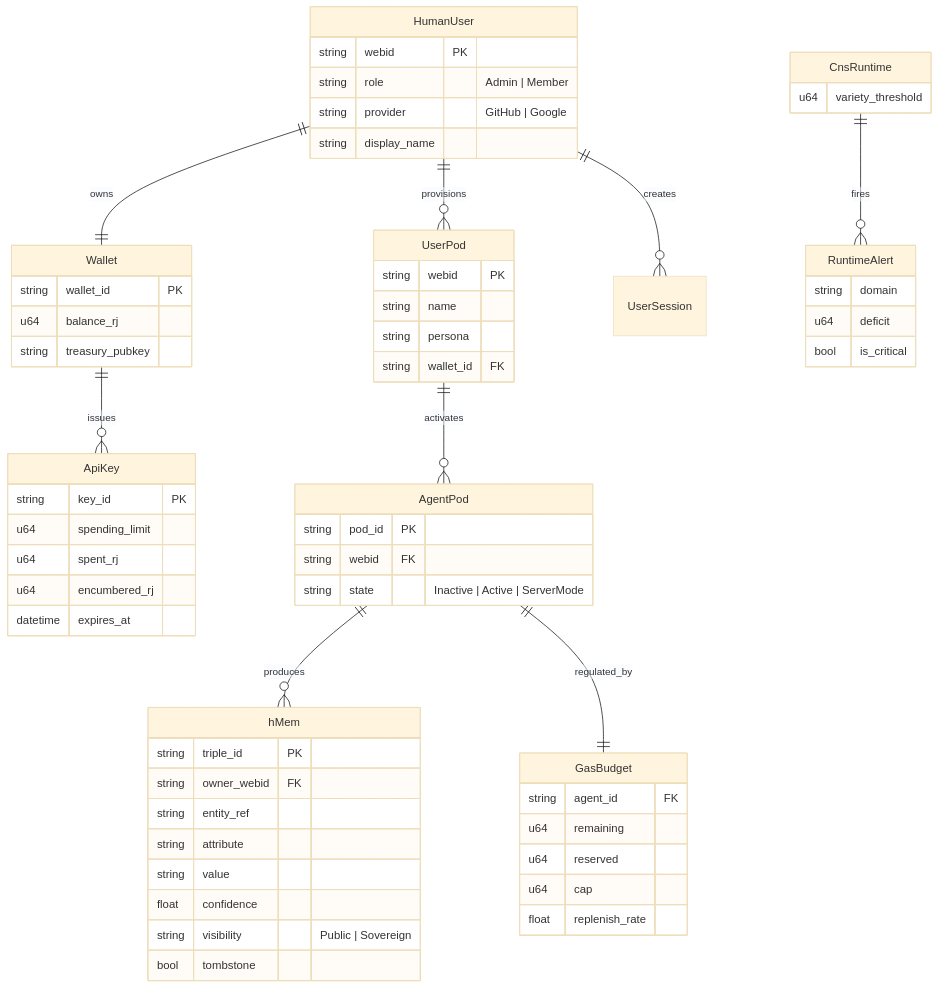
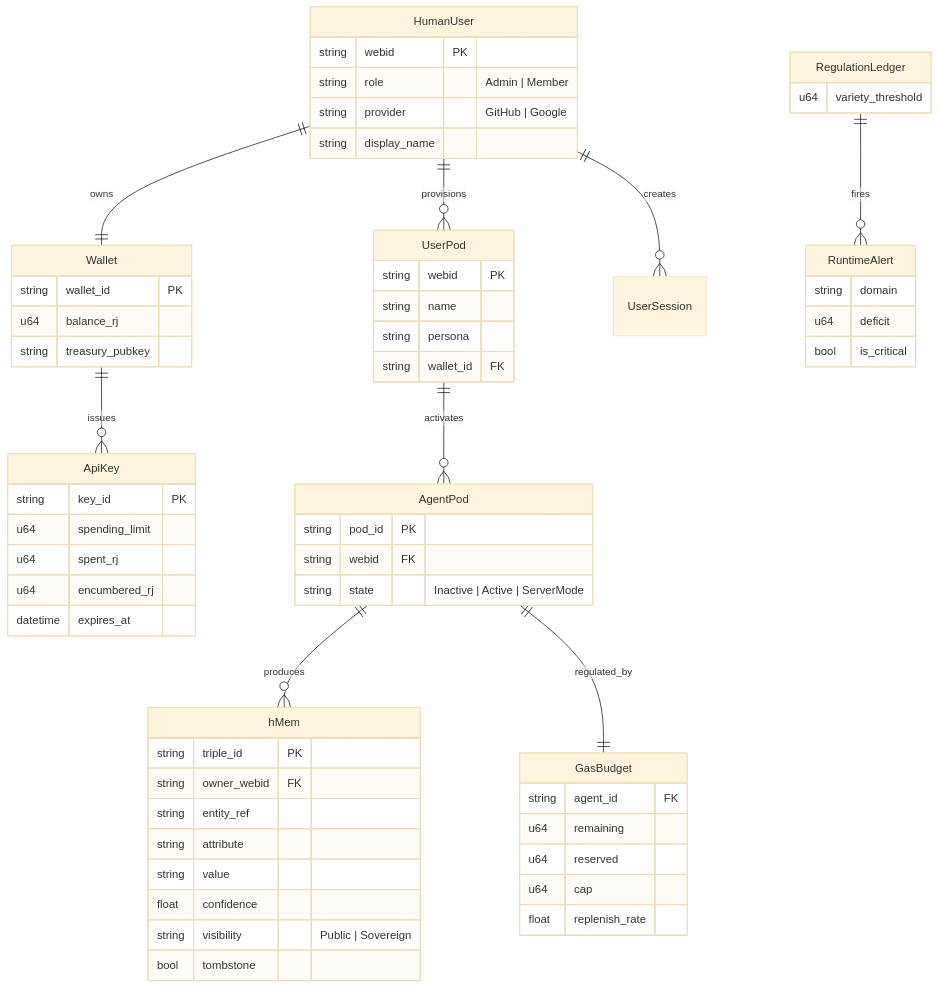
Before and after one commit to mdz-axo/hKask: diagram 12 of 14 in docs/architecture/core/FUNCTIONAL_SPECIFICATION.md, drawn with Mermaid (base theme). The commit also changed other lines of this file and 35 other files, not shown here.

First line of the commit message:
document update - name change cns to regulationRename CNS types to regulation terminology in docs

````diff
--- a/docs/architecture/core/FUNCTIONAL_SPECIFICATION.md
+++ b/docs/architecture/core/FUNCTIONAL_SPECIFICATION.md
@@ -1627,65 +1627,65 @@
 ```mermaid
 erDiagram
     HumanUser ||--o{ UserPod : provisions
     HumanUser ||--|| Wallet : owns
     HumanUser ||--o{ UserSession : creates
     HumanUser {
         string webid PK
         string role "Admin | Member"
         string provider "GitHub | Google"
         string display_name
     }
     UserPod {
         string webid PK
         string name
         string persona
         string wallet_id FK
     }
     Wallet {
         string wallet_id PK
         u64 balance_rj
         string treasury_pubkey
     }
     Wallet ||--o{ ApiKey : issues
     ApiKey {
         string key_id PK
         u64 spending_limit
         u64 spent_rj
         u64 encumbered_rj
         datetime expires_at
     }
     UserPod ||--o{ AgentPod : activates
     AgentPod {
         string pod_id PK
         string webid FK
         string state "Inactive | Active | ServerMode"
     }
     AgentPod ||--o{ hMem : produces
     hMem {
         string triple_id PK
         string owner_webid FK
         string entity_ref
         string attribute
         string value
         float confidence
         string visibility "Public | Sovereign"
         bool tombstone
     }
     AgentPod ||--|| GasBudget : regulated_by
     GasBudget {
         string agent_id FK
         u64 remaining
         u64 reserved
         u64 cap
         float replenish_rate
     }
-    CnsRuntime ||--o{ RuntimeAlert : fires
-    CnsRuntime {
+    RegulationLedger ||--o{ RuntimeAlert : fires
+    RegulationLedger {
         u64 variety_threshold
     }
     RuntimeAlert {
         string domain
         u64 deficit
         bool is_critical
     }
 ```
````
